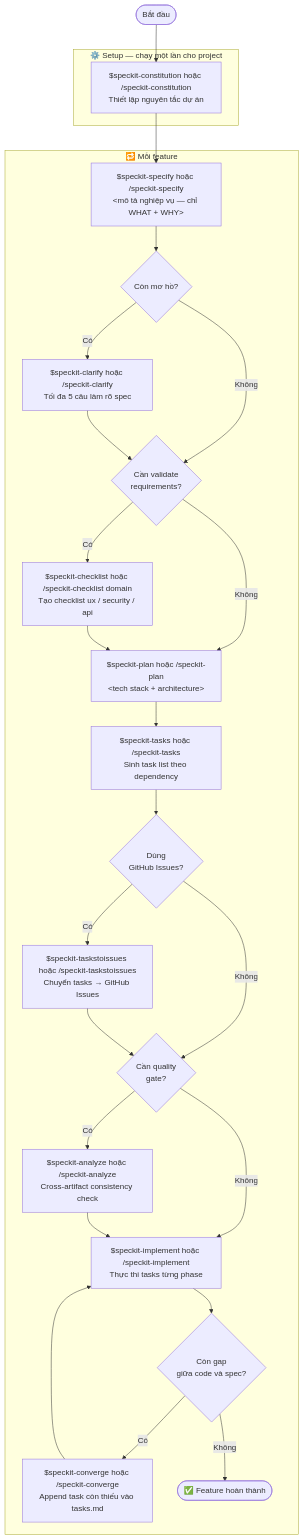
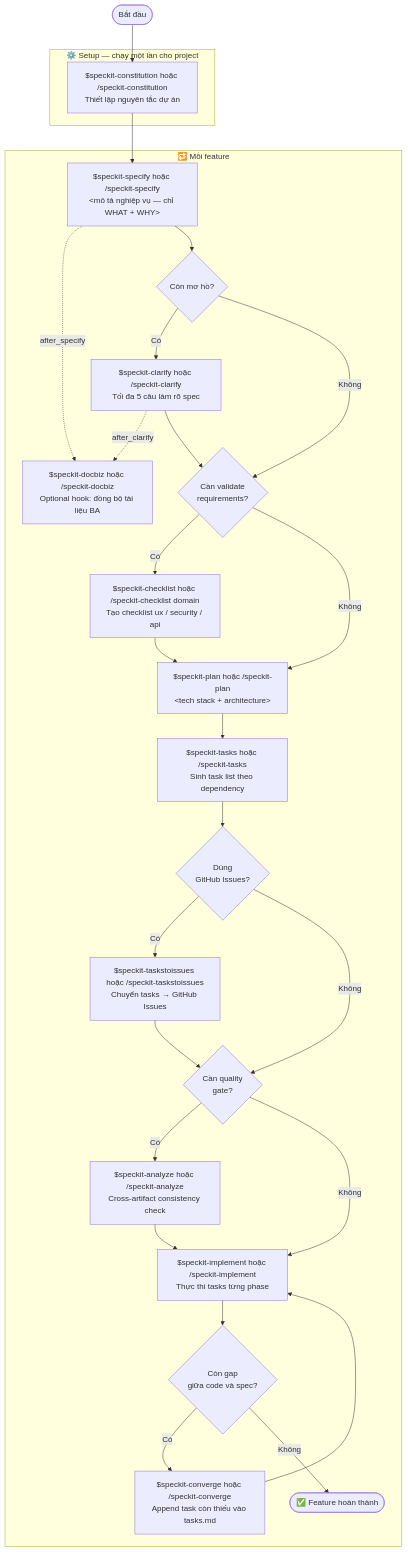
Before and after one commit to luyenhaidangit/flex-workstation: the diagram in docs/speckit/workflow.md, drawn with Mermaid. The commit also changed other lines of this file and 5 other files, not shown here.

````diff
--- a/docs/speckit/workflow.md
+++ b/docs/speckit/workflow.md
@@ -13,66 +13,69 @@
 ```mermaid
 flowchart TD
     START(["Bắt đầu"])
 
     %% ── SETUP ──────────────────────────────────────
     subgraph SETUP ["⚙️  Setup — chạy một lần cho project"]
         constitution["$speckit-constitution hoặc /speckit-constitution\nThiết lập nguyên tắc dự án"]
     end
 
     %% ── PER FEATURE ─────────────────────────────────
     subgraph FEATURE ["🔁  Mỗi feature"]
         specify["$speckit-specify hoặc /speckit-specify\n&lt;mô tả nghiệp vụ — chỉ WHAT + WHY&gt;"]
+        docbiz["$speckit-docbiz hoặc /speckit-docbiz\nOptional hook: đồng bộ tài liệu BA"]
 
         clarify_gate{Còn mơ hồ?}
         clarify["$speckit-clarify hoặc /speckit-clarify\nTối đa 5 câu làm rõ spec"]
 
         checklist_gate{Cần validate\nrequirements?}
         checklist["$speckit-checklist hoặc /speckit-checklist domain\nTạo checklist ux / security / api"]
 
         plan["$speckit-plan hoặc /speckit-plan\n&lt;tech stack + architecture&gt;"]
 
         tasks["$speckit-tasks hoặc /speckit-tasks\nSinh task list theo dependency"]
 
         issues_gate{Dùng\nGitHub Issues?}
         taskstoissues["$speckit-taskstoissues hoặc /speckit-taskstoissues\nChuyển tasks → GitHub Issues"]
 
         analyze_gate{Cần quality\ngate?}
         analyze["$speckit-analyze hoặc /speckit-analyze\nCross-artifact consistency check"]
 
         implement["$speckit-implement hoặc /speckit-implement\nThực thi tasks từng phase"]
 
         gap_check{Còn gap\ngiữa code và spec?}
         converge["$speckit-converge hoặc /speckit-converge\nAppend task còn thiếu vào tasks.md"]
 
         done(["✅ Feature hoàn thành"])
     end
 
     %% ── EDGES ───────────────────────────────────────
     START --> constitution
     constitution --> specify
 
+    specify -. after_specify .-> docbiz
     specify --> clarify_gate
     clarify_gate -->|Có| clarify
     clarify_gate -->|Không| checklist_gate
+    clarify -. after_clarify .-> docbiz
     clarify --> checklist_gate
 
     checklist_gate -->|Có| checklist
     checklist_gate -->|Không| plan
     checklist --> plan
 
     plan --> tasks
 
     tasks --> issues_gate
     issues_gate -->|Có| taskstoissues
     issues_gate -->|Không| analyze_gate
     taskstoissues --> analyze_gate
 
     analyze_gate -->|Có| analyze
     analyze_gate -->|Không| implement
     analyze --> implement
 
     implement --> gap_check
     gap_check -->|Có| converge
     gap_check -->|Không| done
     converge --> implement
 ```
````
